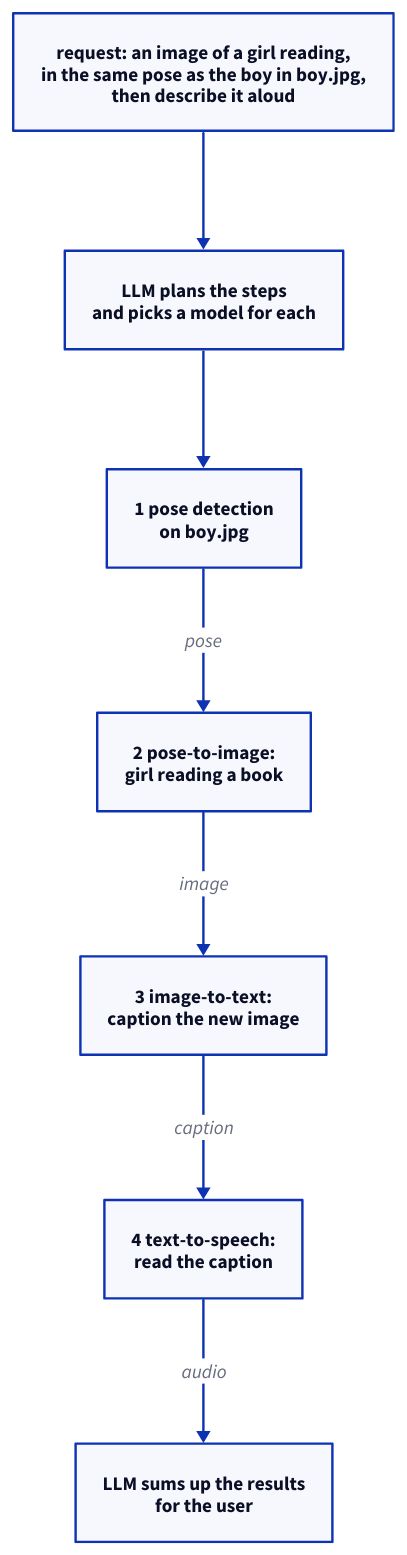
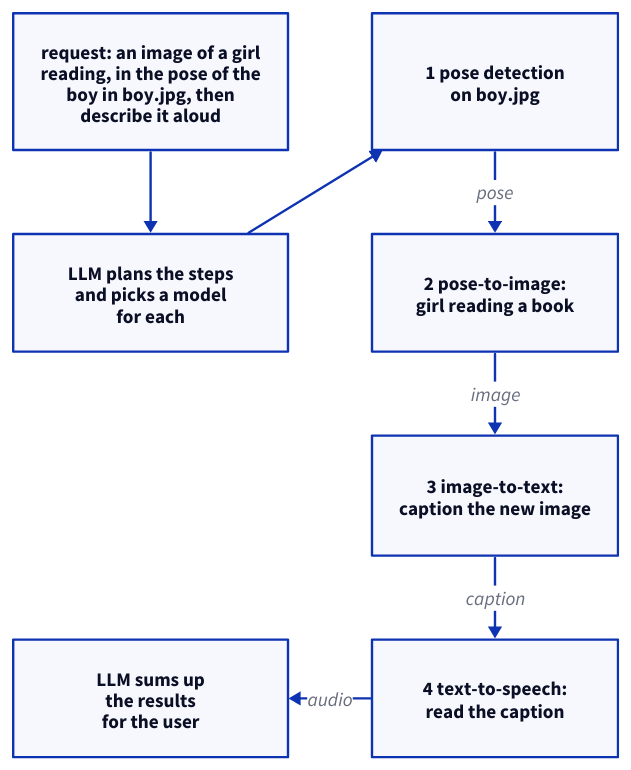
One commit to Tianbo-Qiu/build changed the diagram in content/ai/agentic-patterns/planning.d2. Above: the diagram before and after it, drawn with D2. The commit also changed 27 other files, not shown here.

First line of the commit message:
Reflow oversized diagrams for readability

```diff
--- a/content/ai/agentic-patterns/planning.d2
+++ b/content/ai/agentic-patterns/planning.d2
@@ -1,15 +1,19 @@
-direction: down
+grid-rows: 4
+grid-columns: 2
+grid-gap: 70
 
-req: "request: an image of a girl reading,\nin the same pose as the boy in boy.jpg,\nthen describe it aloud"
-plan: "LLM plans the steps\nand picks a model for each"
+req: "request: an image of a girl\nreading, in the pose of the\nboy in boy.jpg, then\ndescribe it aloud"
 s1: "1 pose detection\non boy.jpg"
+plan: "LLM plans the steps\nand picks a model\nfor each"
 s2: "2 pose-to-image:\ngirl reading a book"
+gap: "" {style.opacity: 0}
 s3: "3 image-to-text:\ncaption the new image"
+out: "LLM sums up\nthe results\nfor the user"
 s4: "4 text-to-speech:\nread the caption"
-out: "LLM sums up the results\nfor the user"
 
-req -> plan -> s1
+req -> plan
+plan -> s1
 s1 -> s2: "pose"
 s2 -> s3: "image"
 s3 -> s4: "caption"
 s4 -> out: "audio"
```
